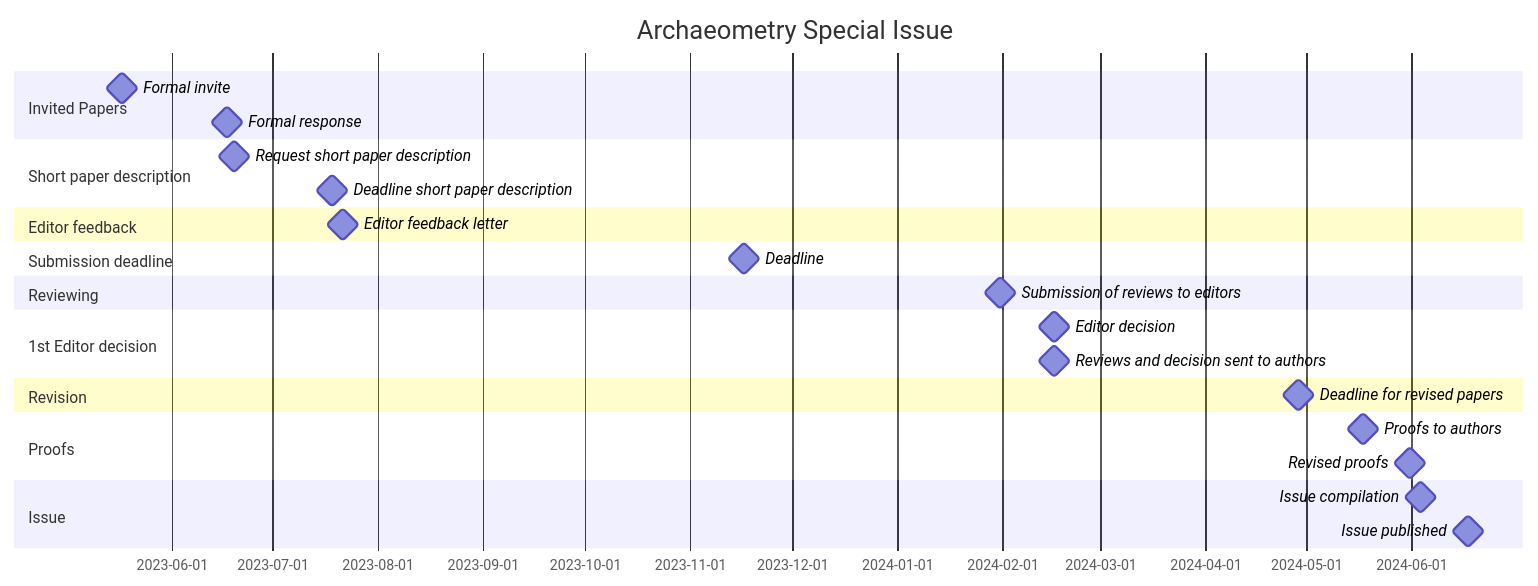
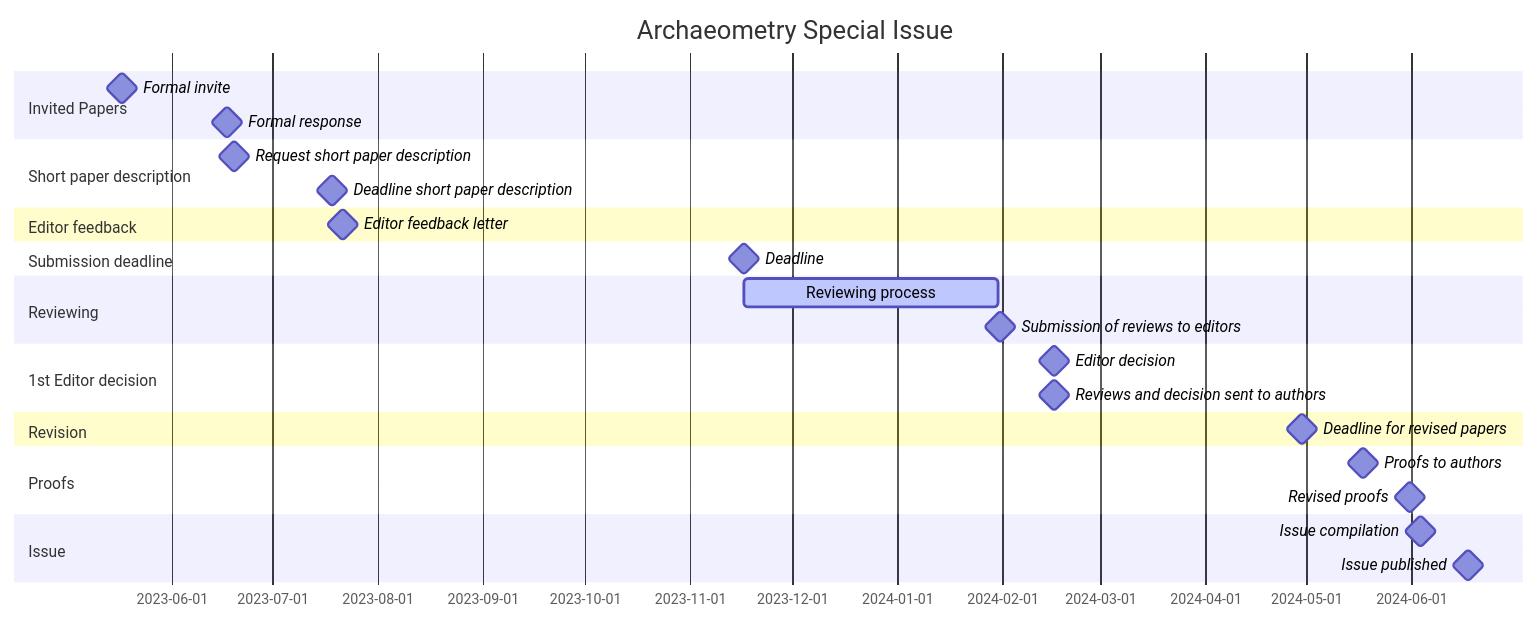
One commit to historical-time/archaeometry-si changed the diagram in README.md. Above: the diagram before and after it, drawn with Mermaid. The commit also changed other lines of this file and 2 other files, not shown here.

````diff
--- a/README.md
+++ b/README.md
@@ -19,29 +19,30 @@
 ```mermaid
 gantt
     title Archaeometry Special Issue
     dateFormat  YYYY-MM-DD
     section Invited Papers
     Formal invite                    : milestone, m0, 2023-05-17, 1d
     Formal response                  : milestone, m0, 2023-06-17, 1d
     section Short paper description
     Request short paper description  : milestone, m0, 2023-06-19, 1d
     Deadline short paper description : milestone, m0, 2023-07-18, 1d
     section Editor feedback
     Editor feedback letter           : milestone, m1, 2023-07-21, 1d
     section Submission deadline
-    Deadline                         : milestone, m1, 2023-11-17, 1d %% Soft deadline
-    %% Hard deadline                 : milestone, m1, 2023-11-30, 1d %% Hard deadline
+    Deadline                         : milestone, m9, 2023-11-17, 1d %% Soft deadline
+    %% Hard deadline                 : milestone, m9, 2023-11-30, 1d %% Hard deadline
     section Reviewing
+    Reviewing process                  : active, a1, 2023-11-17, 2024-01-31
     Submission of reviews to editors   : milestone, m1, 2024-01-31, 1d
     section 1st Editor decision
     Editor decision                     : milestone, m2, 2024-02-16, 1d
     Reviews and decision sent to authors: milestone, m2, 2024-02-16, 1d
     section Revision
-    Deadline for revised papers      : milestone, m2, 2024-04-28, 1d
+    Deadline for revised papers      : milestone, m2, 2024-04-29, 1d
     section Proofs
     Proofs to authors                : milestone, m2, 2024-05-17, 1d
     Revised proofs                   : milestone, m2, 2024-05-31, 1d
     section Issue
     Issue compilation                : milestone, m2, 2024-06-03, 1d
     Issue published                  : milestone, m2, 2024-06-17, 1d
 ```
````
